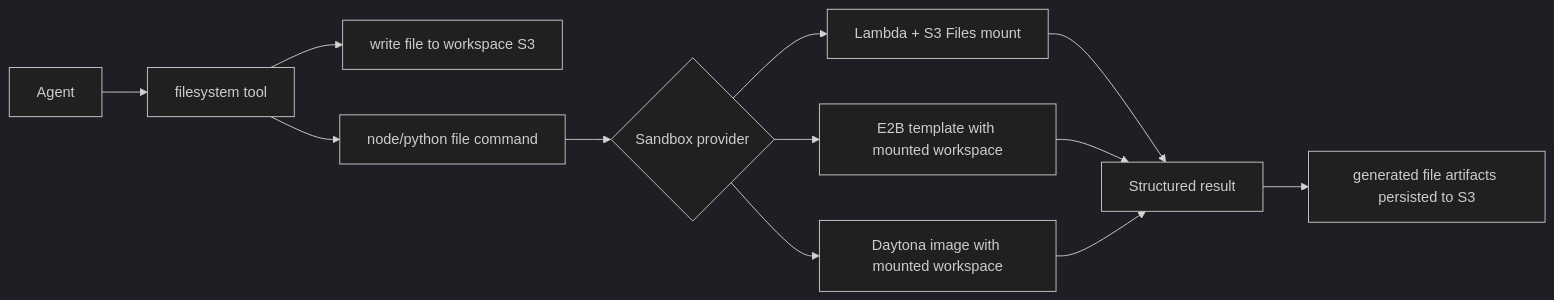
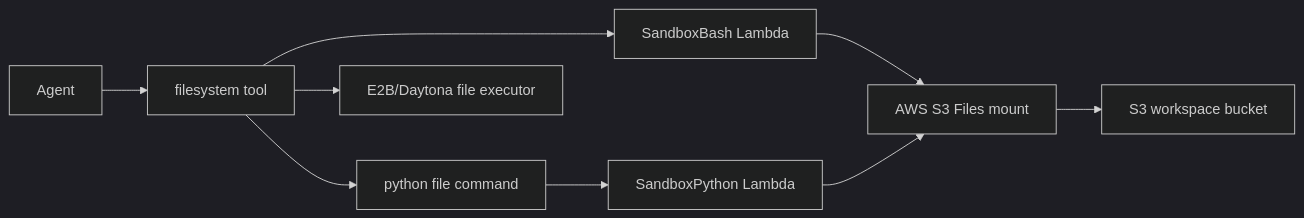
One commit to beeblastco/broods changed the diagram in docs/sandbox/index.md. Above: the diagram before and after it, drawn with Mermaid (dark theme). The commit also changed other lines of this file and 25 other files, not shown here.

Commit message:
Add Lambda-backed sandbox bash and S3 storage defaults

````diff
--- a/docs/sandbox/index.md
+++ b/docs/sandbox/index.md
@@ -5,14 +5,11 @@
 ```mermaid
 flowchart LR
   A[Agent] --> B[filesystem tool]
-  B --> C[write file to workspace S3]
-  B --> D[node/python file command]
-  D --> E{Sandbox provider}
-  E --> F[Lambda + S3 Files mount]
-  E --> G[E2B template with mounted workspace]
-  E --> H[Daytona image with mounted workspace]
-  F --> I[Structured result]
-  G --> I
-  H --> I
-  I --> J[generated file artifacts persisted to S3]
+  B --> C[SandboxBash Lambda]
+  C --> D[AWS S3 Files mount]
+  D --> E[S3 workspace bucket]
+  B --> F[python file command]
+  F --> G[SandboxPython Lambda]
+  G --> D
+  B --> H[E2B/Daytona file executor]
 ```
````
